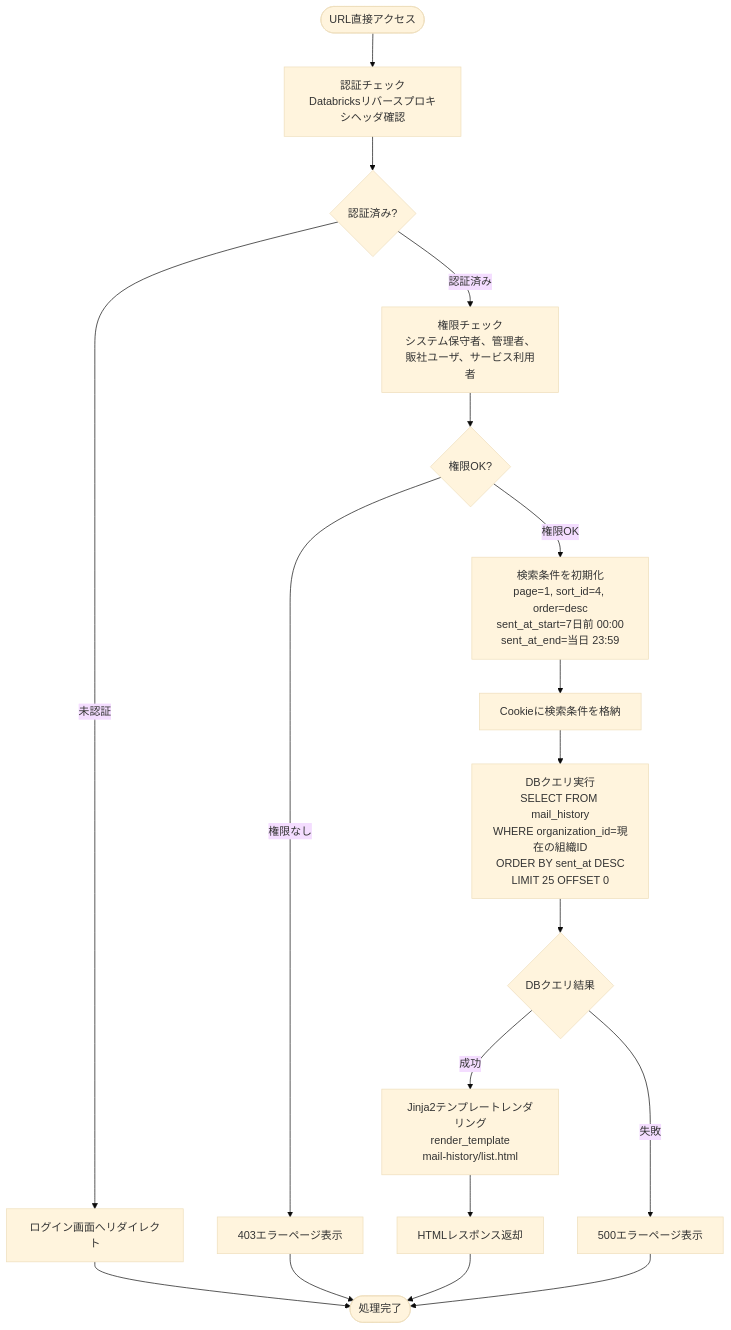
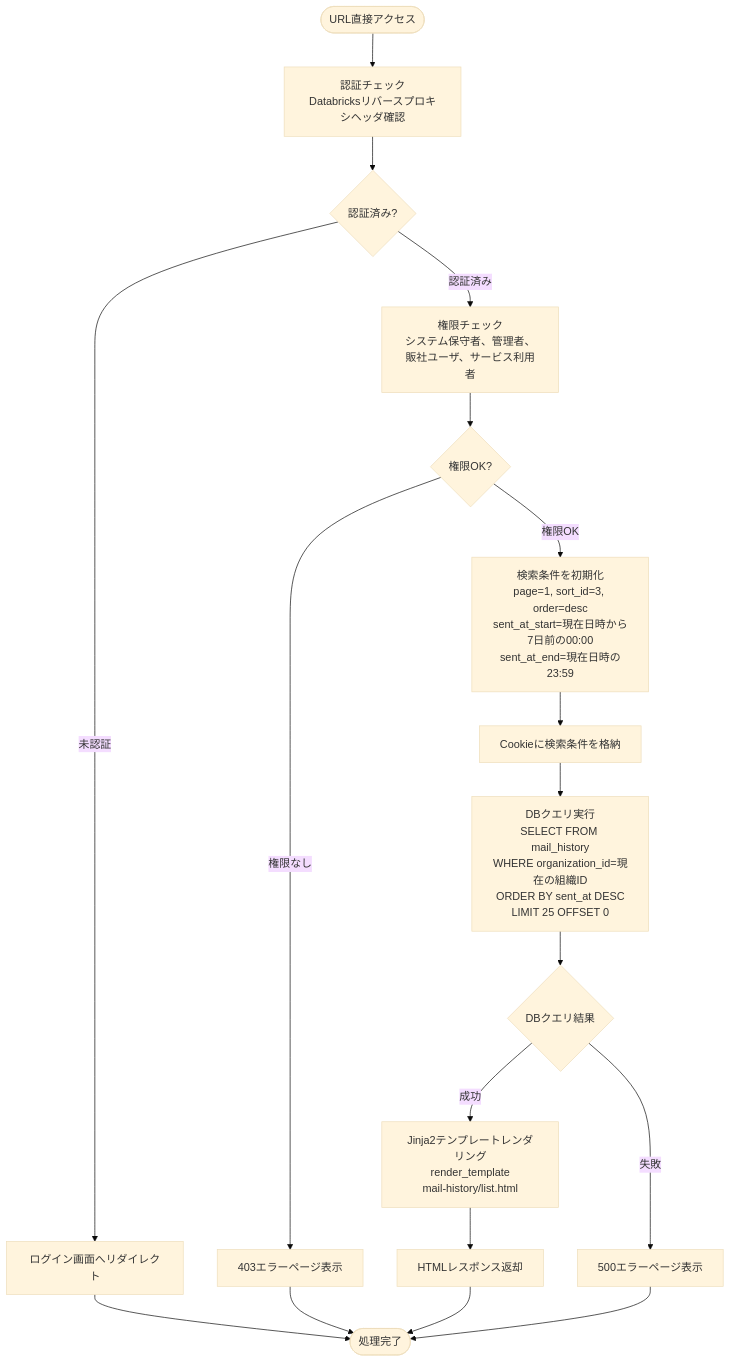
One commit to NSW-SVCP-AIWG002/Databricks-IoT changed the first of 6 diagrams in docs/03-features/flask-app/mail-history/workflow-specification.md. Above: the diagram before and after it, drawn with Mermaid (base theme). The commit also changed other lines of this file and 2 other files, not shown here.

````diff
--- a/docs/03-features/flask-app/mail-history/workflow-specification.md
+++ b/docs/03-features/flask-app/mail-history/workflow-specification.md
@@ -102,25 +102,25 @@
 ```mermaid
 flowchart TD
     Start([URL直接アクセス]) --> Auth[認証チェック<br>Databricksリバースプロキシヘッダ確認]
     Auth --> CheckAuth{認証済み?}
     CheckAuth -->|未認証| LoginRedirect[ログイン画面へリダイレクト]
 
     CheckAuth -->|認証済み| Permission[権限チェック<br>システム保守者、管理者、販社ユーザ、サービス利用者]
     Permission --> CheckPerm{権限OK?}
     CheckPerm -->|権限なし| Error403[403エラーページ表示]
 
-    CheckPerm -->|権限OK| Init[検索条件を初期化<br>page=1, sort_id=4, order=desc<br>sent_at_start=7日前 00:00<br>sent_at_end=当日 23:59]
+    CheckPerm -->|権限OK| Init[検索条件を初期化<br>page=1, sort_id=3, order=desc<br>sent_at_start=現在日時から7日前の00:00<br>sent_at_end=現在日時の23:59]
     Init --> SetParams[Cookieに検索条件を格納]
     SetParams --> Query[DBクエリ実行<br>SELECT FROM mail_history<br>WHERE organization_id=現在の組織ID<br>ORDER BY sent_at DESC<br>LIMIT 25 OFFSET 0]
     Query --> CheckDB{DBクエリ結果}
 
     CheckDB -->|成功| Template[Jinja2テンプレートレンダリング<br>render_template<br>mail-history/list.html]
     Template --> Response[HTMLレスポンス返却]
 
     CheckDB -->|失敗| Error500[500エラーページ表示]
 
     LoginRedirect --> End([処理完了])
     Error403 --> End
     Response --> End
     Error500 --> End
 ```
````
